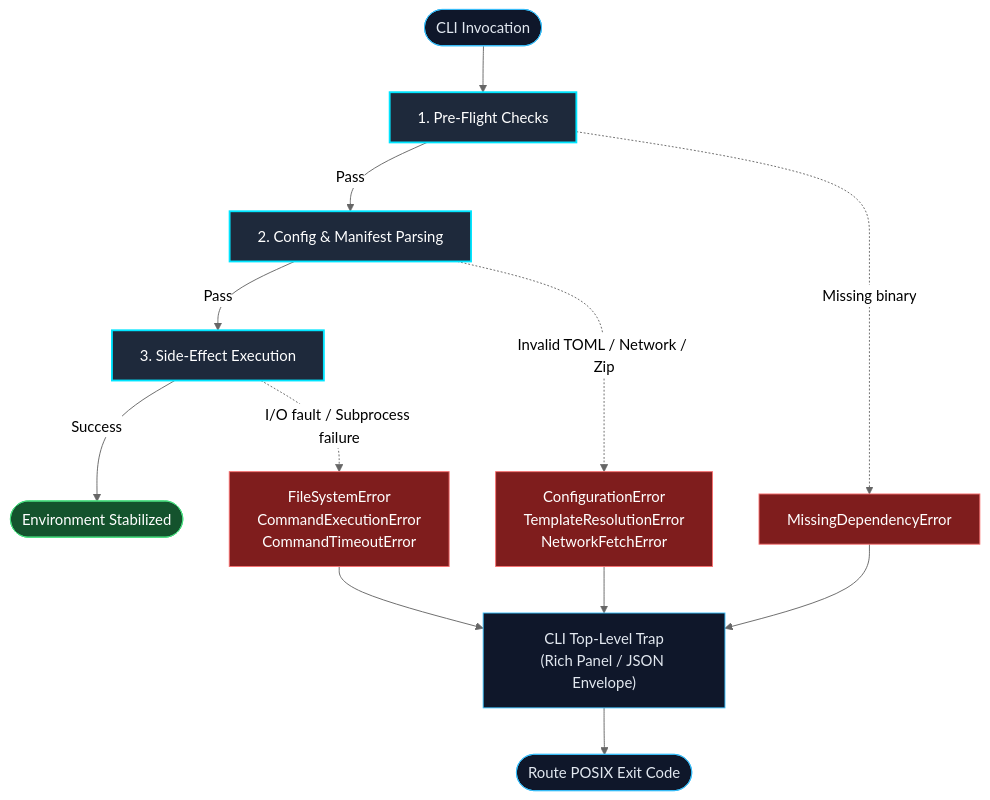
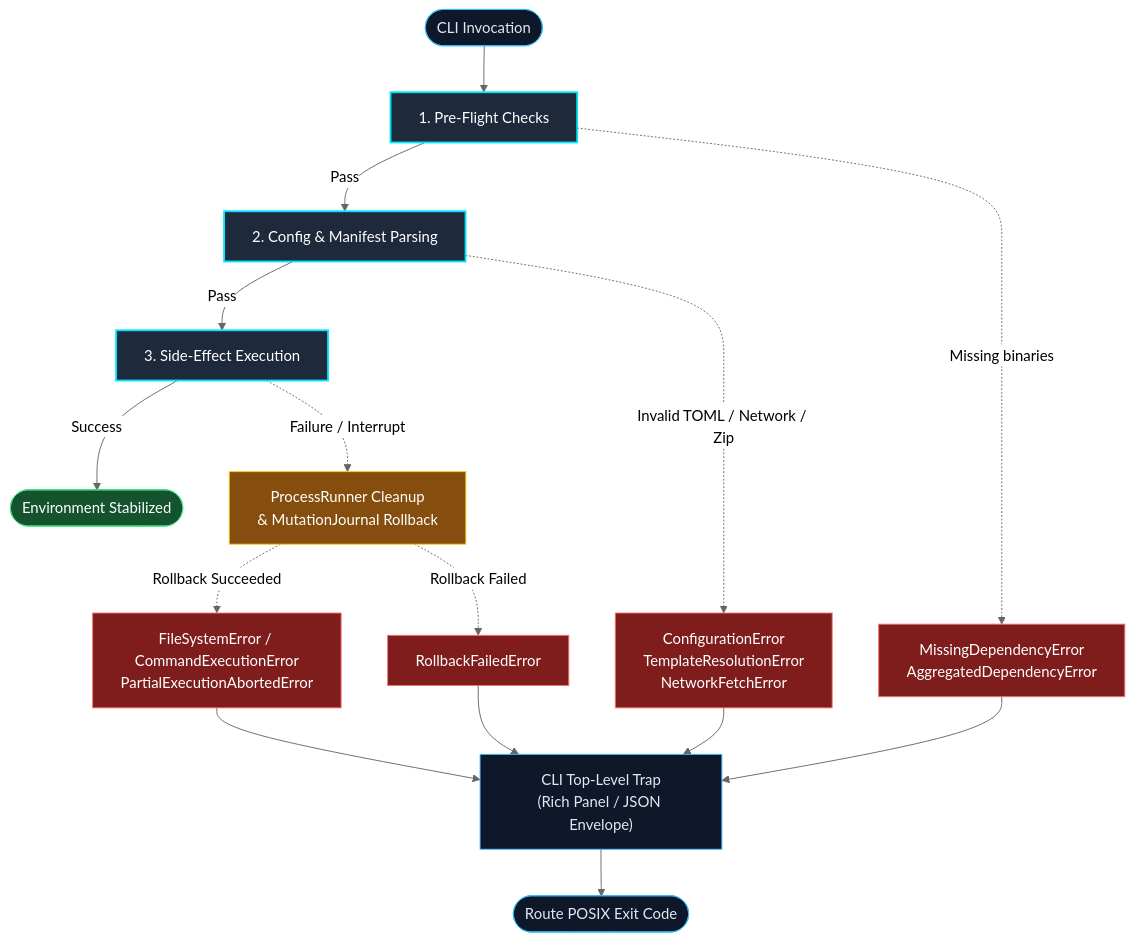
Before and after one commit to JacksonFergusonDev/protostar: the diagram in docs/mechanics/error_handling.md, drawn with Mermaid (neutral theme). The commit also changed other lines of this file and 13 other files, not shown here.

First line of the commit message:
docs: document pipeline transactionality, mutation journal, and rollback architecture (#242)

````diff
--- a/docs/mechanics/error_handling.md
+++ b/docs/mechanics/error_handling.md
@@ -33,19 +33,23 @@
 ```mermaid
 flowchart TD
     classDef phase fill:#1e293b,stroke:#00e5ff,stroke-width:2px,color:#fff;
     classDef error fill:#7f1d1d,stroke:#f87171,stroke-width:1px,color:#fff;
     classDef core fill:#0f172a,stroke:#38bdf8,stroke-width:1px,color:#e2e8f0;
     classDef success fill:#14532d,stroke:#4ade80,stroke-width:1px,color:#fff;
+    classDef rollback fill:#854d0e,stroke:#facc15,stroke-width:1px,color:#fff;
 
     Start([CLI Invocation]):::core --> P1["1. Pre-Flight Checks"]:::phase
     P1 -->|Pass| P2["2. Config & Manifest Parsing"]:::phase
     P2 -->|Pass| P3["3. Side-Effect Execution"]:::phase
     P3 -->|Success| End([Environment Stabilized]):::success
 
-    P1 -.->|Missing binary| E1["MissingDependencyError"]:::error
+    P1 -.->|Missing binaries| E1["MissingDependencyError<br/>AggregatedDependencyError"]:::error
     P2 -.->|Invalid TOML / Network / Zip| E2["ConfigurationError<br/>TemplateResolutionError<br/>NetworkFetchError"]:::error
-    P3 -.->|I/O fault / Subprocess failure| E3["FileSystemError<br/>CommandExecutionError<br/>CommandTimeoutError"]:::error
+    P3 -.->|Failure / Interrupt| RB["ProcessRunner Cleanup<br/>& MutationJournal Rollback"]:::rollback
 
-    E1 & E2 & E3 --> Trap["CLI Top-Level Trap<br/>(Rich Panel / JSON Envelope)"]:::core
+    RB -.->|Rollback Succeeded| E3["FileSystemError / CommandExecutionError<br/>PartialExecutionAbortedError"]:::error
+    RB -.->|Rollback Failed| E4["RollbackFailedError"]:::error
+
+    E1 & E2 & E3 & E4 --> Trap["CLI Top-Level Trap<br/>(Rich Panel / JSON Envelope)"]:::core
     Trap --> Exit([Route POSIX Exit Code]):::core
 ```
````
